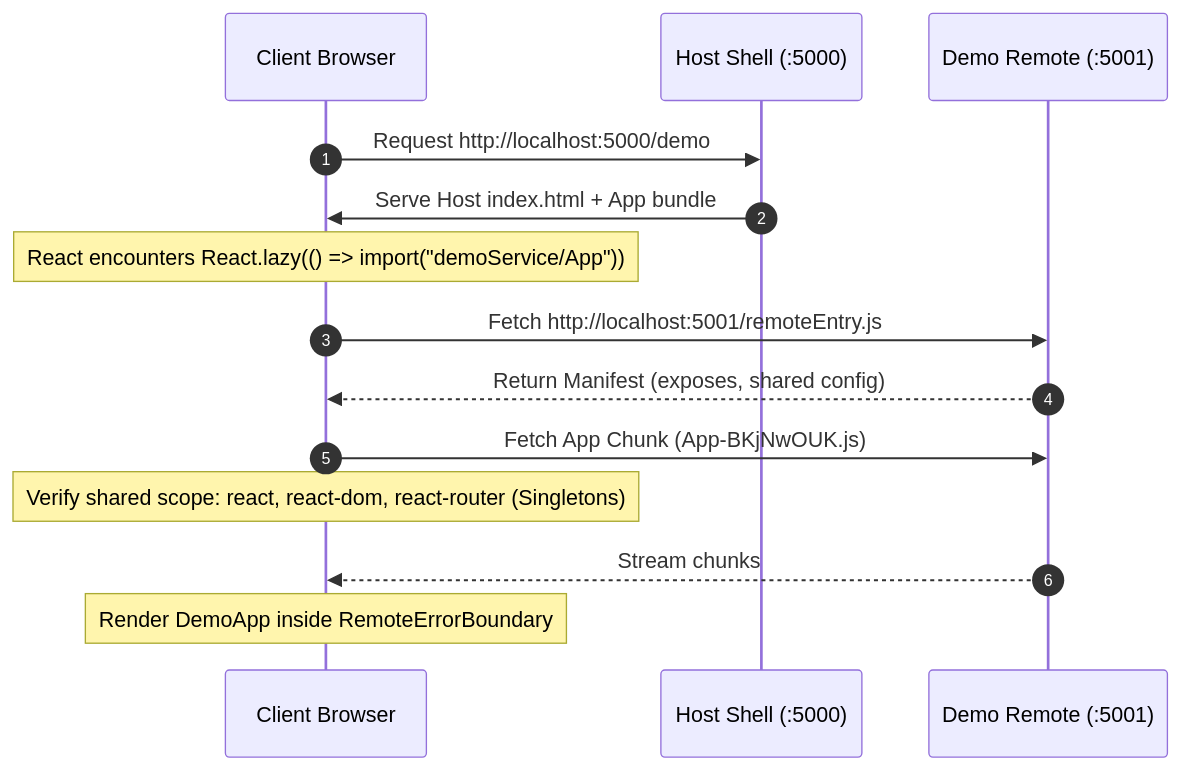
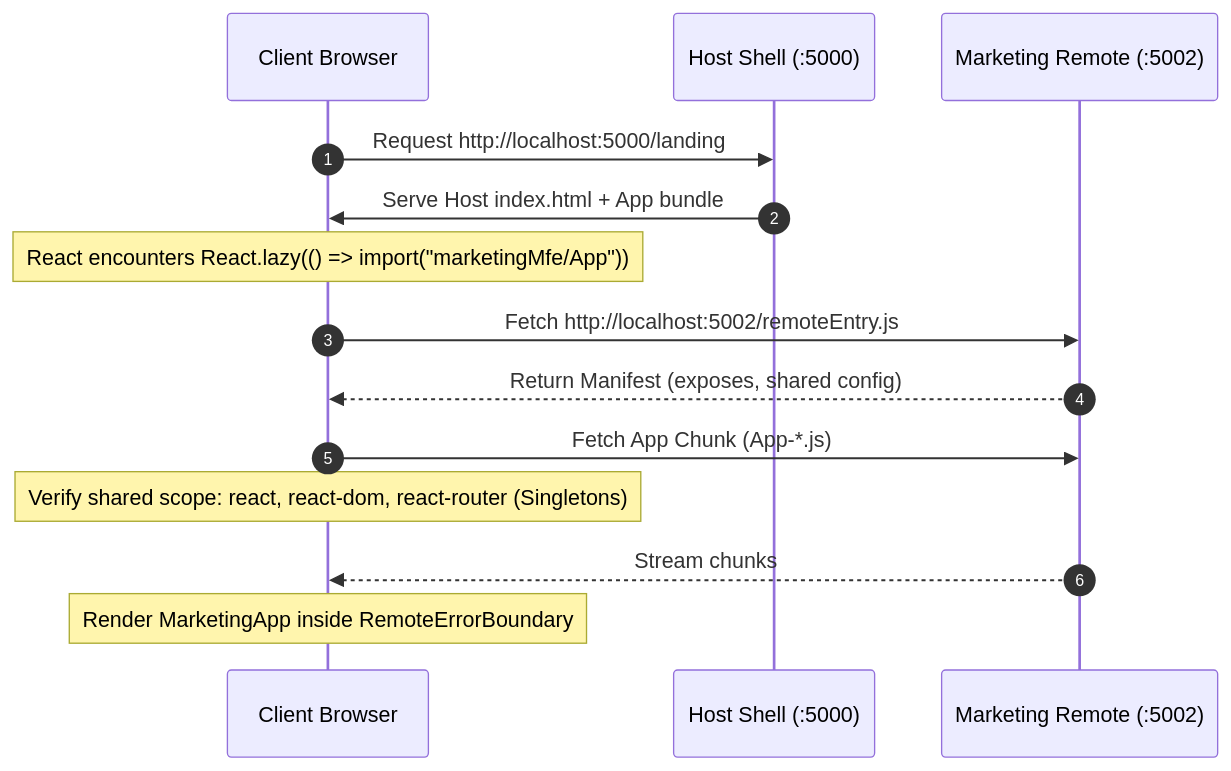
One commit to SubrataRoy100/react-vite-mfe-starter changed the second of 3 diagrams in docs/v1.0.0_DOCUMENTATION.md. Above: the diagram before and after it, drawn with Mermaid. The commit also changed other lines of this file and 23 other files, not shown here.

````diff
--- a/docs/v1.0.0_DOCUMENTATION.md
+++ b/docs/v1.0.0_DOCUMENTATION.md
@@ -160,17 +165,17 @@
 ```mermaid
 sequenceDiagram
     autonumber
     participant Browser as Client Browser
     participant Host as Host Shell (:5000)
-    participant Remote as Demo Remote (:5001)
+    participant Remote as Marketing Remote (:5002)
 
-    Browser->>Host: Request http://localhost:5000/demo
+    Browser->>Host: Request http://localhost:5000/landing
     Host->>Browser: Serve Host index.html + App bundle
-    Note over Browser: React encounters React.lazy(() => import("demoService/App"))
-    Browser->>Remote: Fetch http://localhost:5001/remoteEntry.js
+    Note over Browser: React encounters React.lazy(() => import("marketingMfe/App"))
+    Browser->>Remote: Fetch http://localhost:5002/remoteEntry.js
     Remote-->>Browser: Return Manifest (exposes, shared config)
-    Browser->>Remote: Fetch App Chunk (App-BKjNwOUK.js)
+    Browser->>Remote: Fetch App Chunk (App-*.js)
     Note over Browser: Verify shared scope: react, react-dom, react-router (Singletons)
     Remote-->>Browser: Stream chunks
-    Note over Browser: Render DemoApp inside RemoteErrorBoundary
+    Note over Browser: Render MarketingApp inside RemoteErrorBoundary
 ```
````
